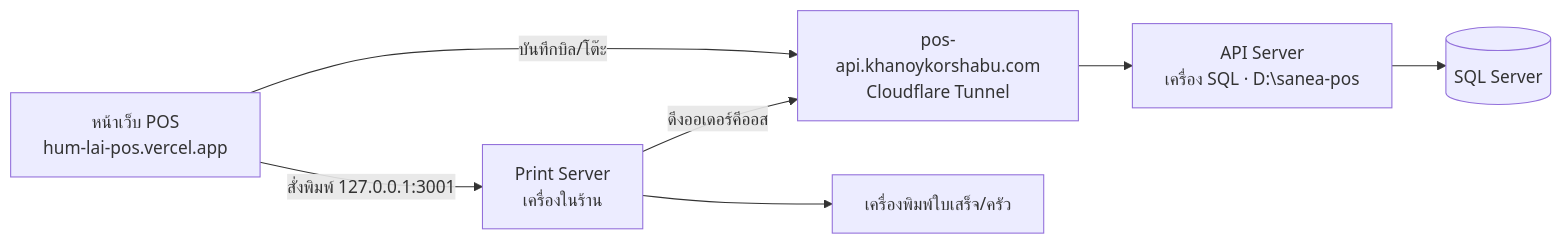
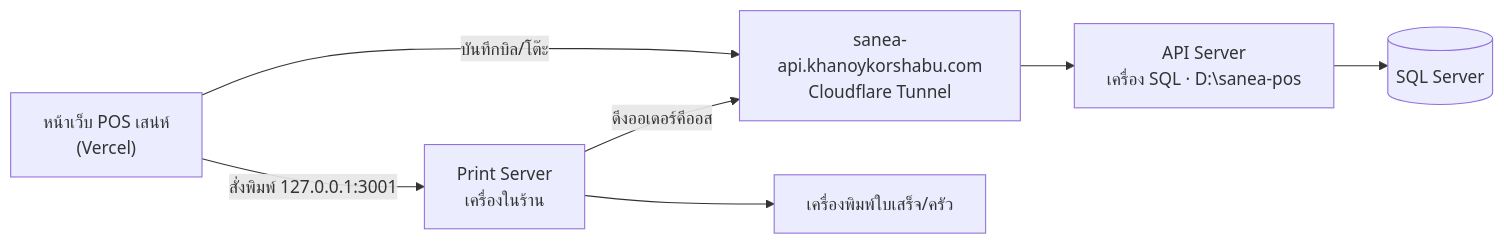
Before and after one commit to nookmagazineDev/sanea: the diagram in docs/PRINT-SERVER-AFTER-API-MOVE.md, drawn with Mermaid. The commit also changed other lines of this file and 6 other files, not shown here.

First line of the commit message:
docs: คู่มือย้ายเสน่ห์ไป SQL Server เครื่องเดียวกับ HumLai (แยกฐานข้อมูล)

````diff
--- a/docs/PRINT-SERVER-AFTER-API-MOVE.md
+++ b/docs/PRINT-SERVER-AFTER-API-MOVE.md
@@ -12,9 +12,9 @@
 ```mermaid
 flowchart LR
-  POS["หน้าเว็บ POS<br/>hum-lai-pos.vercel.app"] -->|บันทึกบิล/โต๊ะ| CF["pos-api.khanoykorshabu.com<br/>Cloudflare Tunnel"]
+  POS["หน้าเว็บ POS เสน่ห์<br/>(Vercel)"] -->|บันทึกบิล/โต๊ะ| CF["sanea-api.khanoykorshabu.com<br/>Cloudflare Tunnel"]
   CF --> API["API Server<br/>เครื่อง SQL · D:\sanea-pos"]
   API --> SQL[(SQL Server)]
   POS -->|สั่งพิมพ์ 127.0.0.1:3001| PS["Print Server<br/>เครื่องในร้าน"]
   PS -->|ดึงออเดอร์คีออส| CF
   PS --> PR[เครื่องพิมพ์ใบเสร็จ/ครัว]
 ```
````
